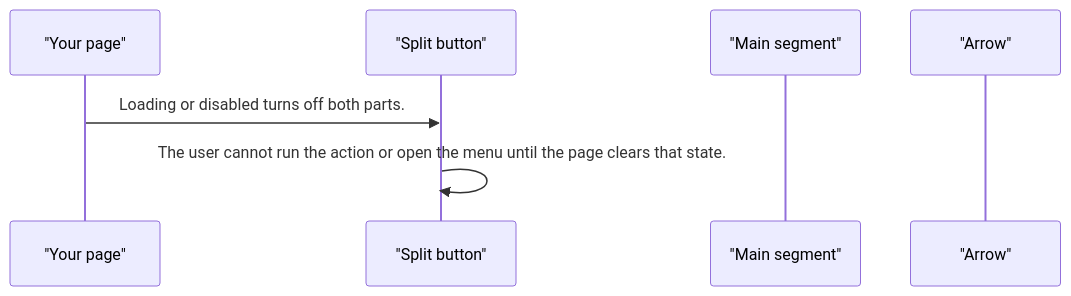
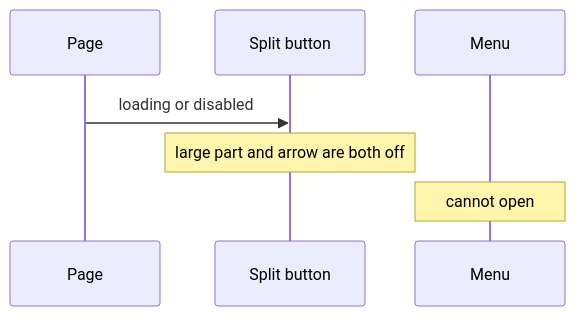
The fourth of 4 diagrams in projects/pixel-ui/src/lib/pixel-split-button/DESIGN.md (RajshekharBorate/pixel-ui), drawn with Mermaid before and after one commit. The commit also changed other lines of this file and 73 other files, not shown here.

Commit message:
Explain who owns each value and what each flow does in every component and service design.

````diff
--- a/projects/pixel-ui/src/lib/pixel-split-button/DESIGN.md
+++ b/projects/pixel-ui/src/lib/pixel-split-button/DESIGN.md
@@ -76,9 +101,9 @@
 ```mermaid
 sequenceDiagram
-  participant page as "Your page"
-  participant split as "Split button"
-  participant main as "Main segment"
-  participant caret as "Arrow"
-  page->>split: Loading or disabled turns off both parts.
-  split->>split: The user cannot run the action or open the menu until the page clears that state.
+  participant Page
+  participant Split as Split button
+  participant Menu
+  Page->>Split: loading or disabled
+  Note over Split: large part and arrow are both off
+  Note over Menu: cannot open
 ```
````
